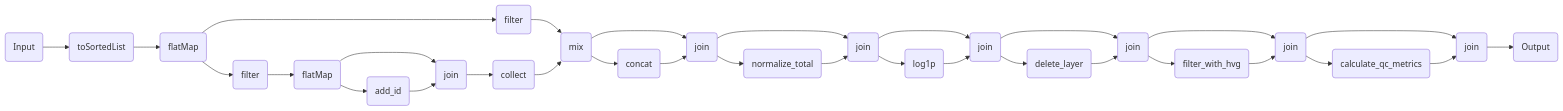
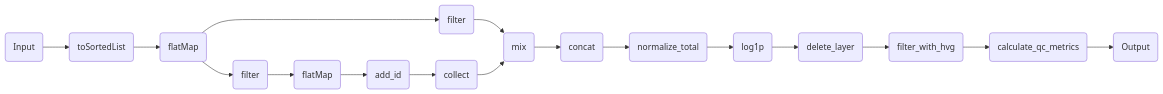
The diagram in components/workflows/multiomics/rna_multisample.qmd (openpipelines-bio/website), drawn with Mermaid before and after one commit. The commit also changed other lines of this file and 15 other files, not shown here.

````diff
--- a/components/workflows/multiomics/rna_multisample.qmd
+++ b/components/workflows/multiomics/rna_multisample.qmd
@@ -131,58 +134,37 @@
 ```{mermaid}
 %%| column: screen-inset-shaded
 flowchart LR
     p0(Input)
     p3(toSortedList)
     p5(flatMap)
     p9(filter)
     p11(flatMap)
-    p19(join)
     p17(add_id)
     p21(collect)
     p24(mix)
     p23(filter)
-    p33(join)
     p31(concat)
-    p43(join)
     p41(normalize_total)
-    p53(join)
     p51(log1p)
-    p63(join)
     p61(delete_layer)
-    p73(join)
     p71(filter_with_hvg)
-    p83(join)
     p81(calculate_qc_metrics)
     p89(Output)
     p23-->p24
     p0-->p3
     p3-->p5
     p5-->p9
     p5-->p23
     p9-->p11
-    p11-->p19
     p11-->p17
-    p17-->p19
-    p19-->p21
+    p17-->p21
     p21-->p24
-    p24-->p33
     p24-->p31
-    p31-->p33
-    p33-->p43
-    p33-->p41
-    p41-->p43
-    p43-->p53
-    p43-->p51
-    p51-->p53
-    p53-->p63
-    p53-->p61
-    p61-->p63
-    p63-->p73
-    p63-->p71
-    p71-->p73
-    p73-->p83
-    p73-->p81
-    p81-->p83
-    p83-->p89
+    p31-->p41
+    p41-->p51
+    p51-->p61
+    p61-->p71
+    p71-->p81
+    p81-->p89
 
 ```
````
